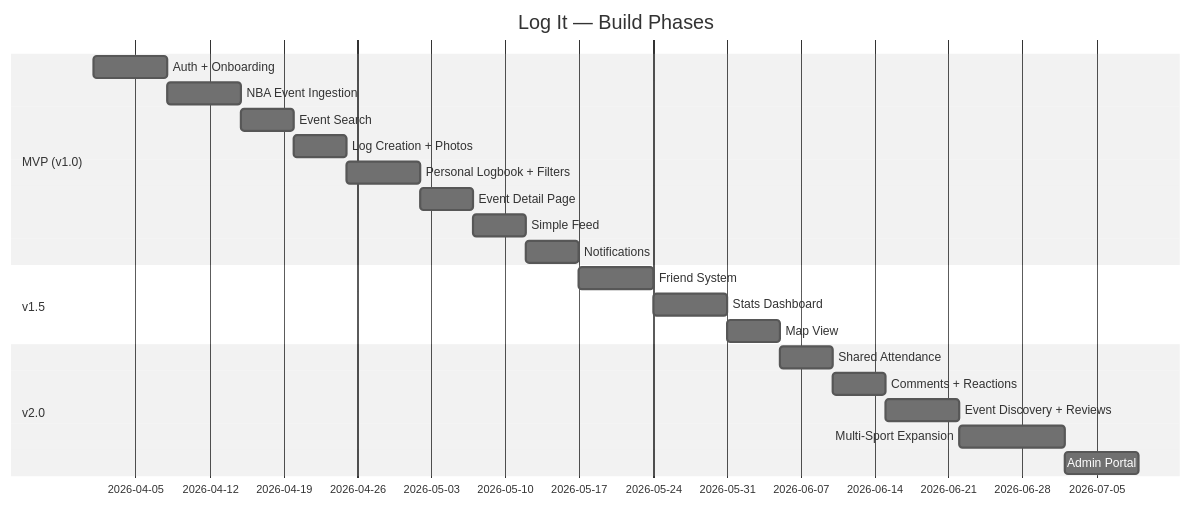
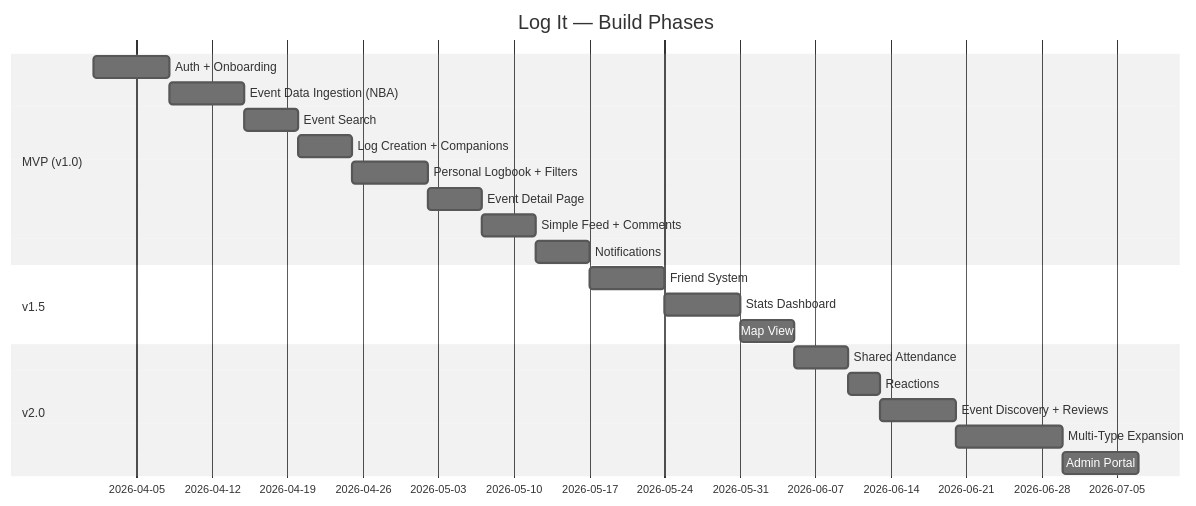
The diagram in docs/FEATURE_ROADMAP.md (jonahr4/LogIt), drawn with Mermaid (neutral theme) before and after one commit. The commit also changed other lines of this file and 7 other files, not shown here.

Commit message:
finetuned documentation and schemas for scalablity

````diff
--- a/docs/FEATURE_ROADMAP.md
+++ b/docs/FEATURE_ROADMAP.md
@@ -7,24 +7,24 @@
 ```mermaid
 gantt
     title Log It — Build Phases
     dateFormat  YYYY-MM-DD
     section MVP (v1.0)
     Auth + Onboarding           :a1, 2026-04-01, 7d
-    NBA Event Ingestion         :a2, after a1, 7d
+    Event Data Ingestion (NBA)  :a2, after a1, 7d
     Event Search                :a3, after a2, 5d
-    Log Creation + Photos       :a4, after a3, 5d
+    Log Creation + Companions   :a4, after a3, 5d
     Personal Logbook + Filters  :a5, after a4, 7d
     Event Detail Page           :a6, after a5, 5d
-    Simple Feed                 :a7, after a6, 5d
+    Simple Feed + Comments      :a7, after a6, 5d
     Notifications               :a8, after a7, 5d
     section v1.5
     Friend System               :b1, after a8, 7d
     Stats Dashboard             :b2, after b1, 7d
     Map View                    :b3, after b2, 5d
     section v2.0
     Shared Attendance           :c1, after b3, 5d
-    Comments + Reactions        :c2, after c1, 5d
+    Reactions                   :c2, after c1, 3d
     Event Discovery + Reviews   :c3, after c2, 7d
-    Multi-Sport Expansion       :c4, after c3, 10d
+    Multi-Type Expansion        :c4, after c3, 10d
     Admin Portal                :c5, after c4, 7d
 ```
````
